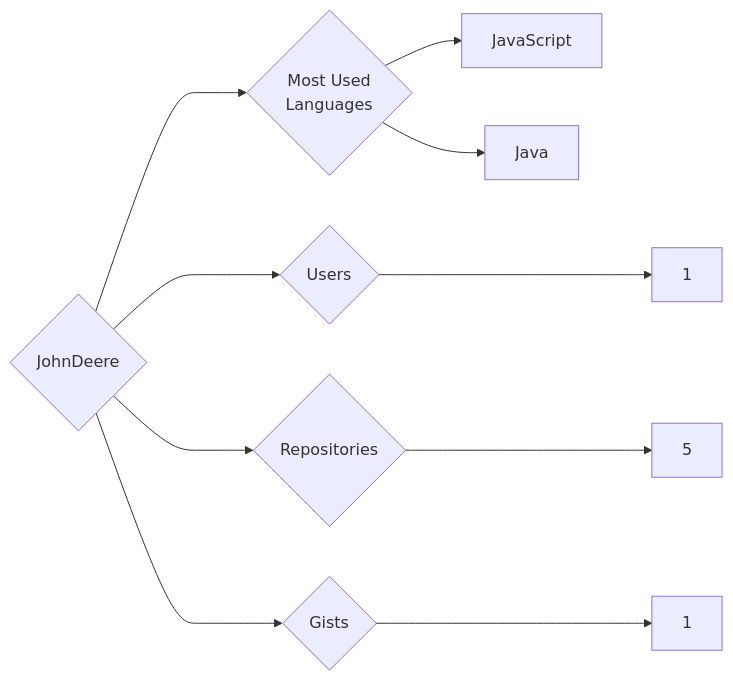
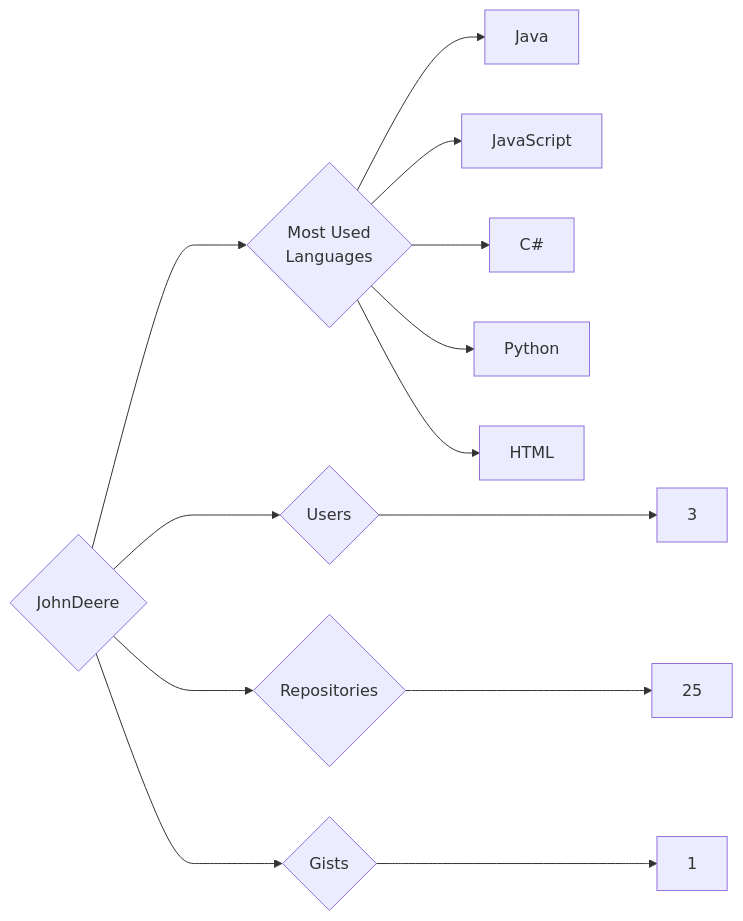
The diagram in targets/JohnDeere/README.md (trickest/insiders), drawn with Mermaid before and after one commit. The commit also changed 965 other files, not shown here.

````diff
--- a/targets/JohnDeere/README.md
+++ b/targets/JohnDeere/README.md
@@ -3,10 +3,13 @@
 ```mermaid
 graph LR
 COMPANY_NAME{JohnDeere}
-COMPANY_NAME ---> U{Users} ---> UN[1]
-COMPANY_NAME ---> R{Repositories} ---> RN[5]
+COMPANY_NAME ---> U{Users} ---> UN[3]
+COMPANY_NAME ---> R{Repositories} ---> RN[25]
 COMPANY_NAME ---> G{Gists} ---> GN[1]
 COMPANY_NAME ---> ML{Most Used<br>Languages}
+ML --> Java[Java]
 ML --> JavaScript[JavaScript]
-ML --> Java[Java]
+ML --> C#[C#]
+ML --> Python[Python]
+ML --> HTML[HTML]
 ```
````
